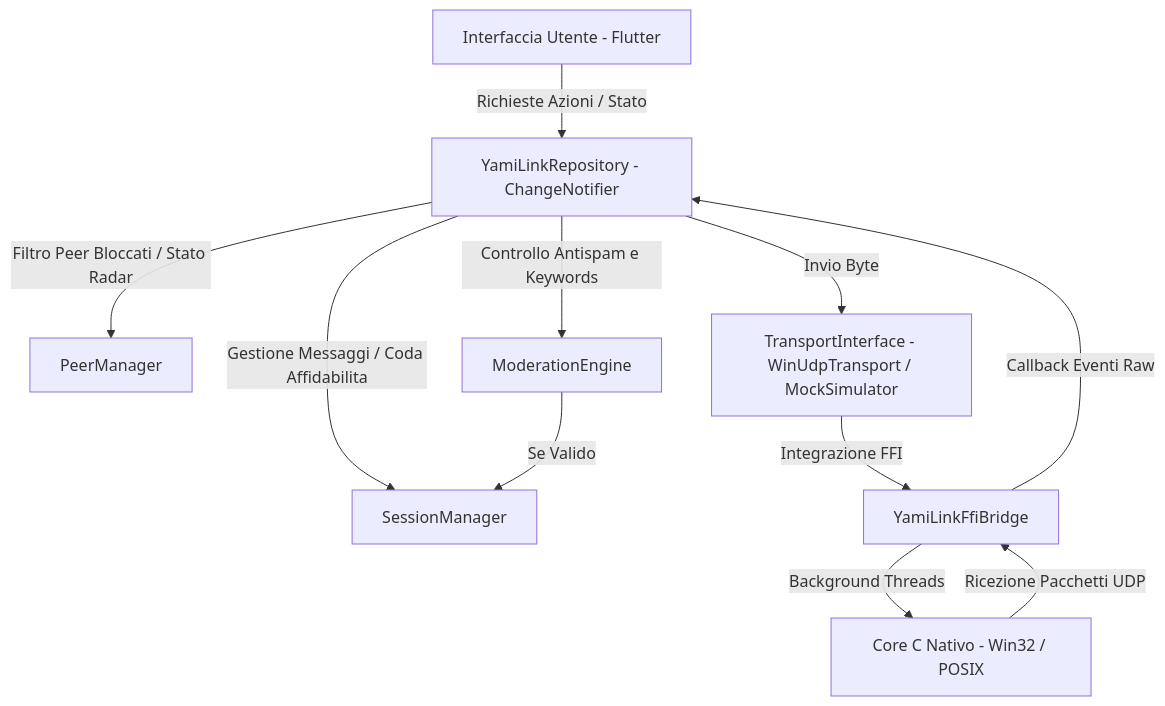
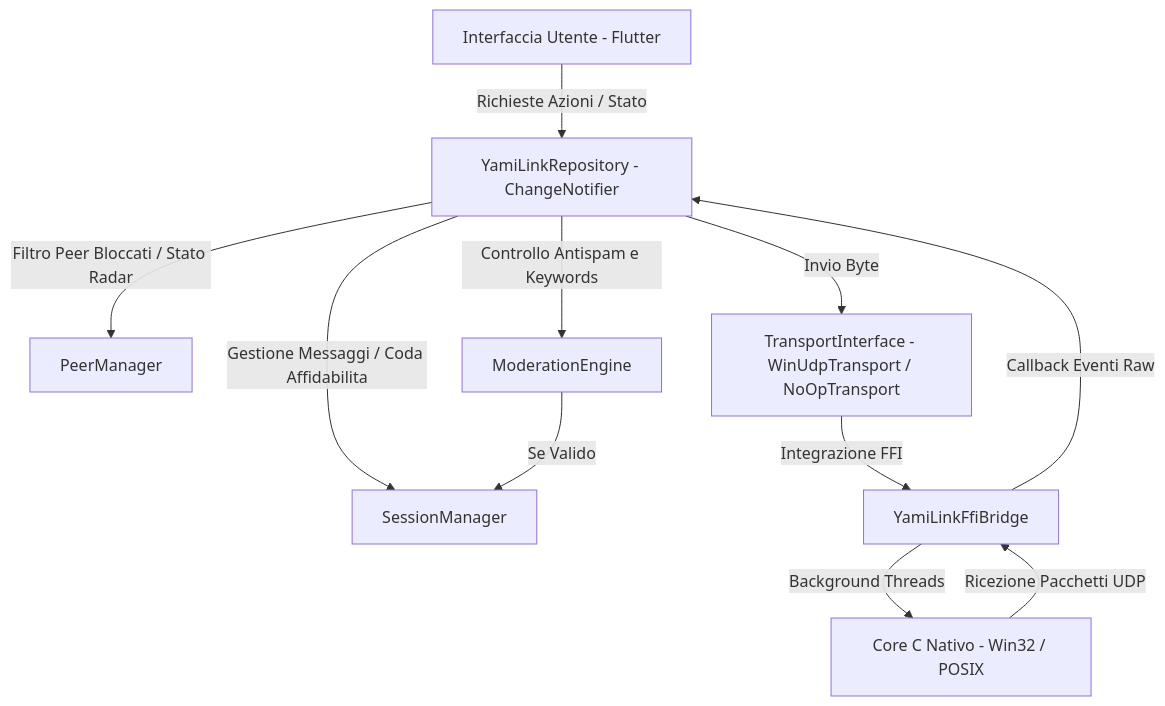
Before and after one commit to biagio-scaglia/YamiLink: the first of 2 diagrams in README.md, drawn with Mermaid. The commit also changed other lines of this file and 5 other files, not shown here.

Commit message:
Refactor: remove mock simulator and run natively on Windows via UDP FFI

````diff
--- a/README.md
+++ b/README.md
@@ -22,13 +22,13 @@
 ```mermaid
 graph TD
     UI[Interfaccia Utente - Flutter] --> |Richieste Azioni / Stato| Repo[YamiLinkRepository - ChangeNotifier]
     Repo --> |Filtro Peer Bloccati / Stato Radar| PM[PeerManager]
     Repo --> |Gestione Messaggi / Coda Affidabilita| SM[SessionManager]
-    Repo --> |Invio Byte| Trans[TransportInterface - WinUdpTransport / MockSimulator]
+    Repo --> |Invio Byte| Trans[TransportInterface - WinUdpTransport / NoOpTransport]
     Trans --> |Integrazione FFI| FFI[YamiLinkFfiBridge]
     FFI --> |Background Threads| C[Core C Nativo - Win32 / POSIX]
     C --> |Ricezione Pacchetti UDP| FFI
     FFI --> |Callback Eventi Raw| Repo
     Repo --> |Controllo Antispam e Keywords| Mod[ModerationEngine]
     Mod --> |Se Valido| SM
 ```
````
